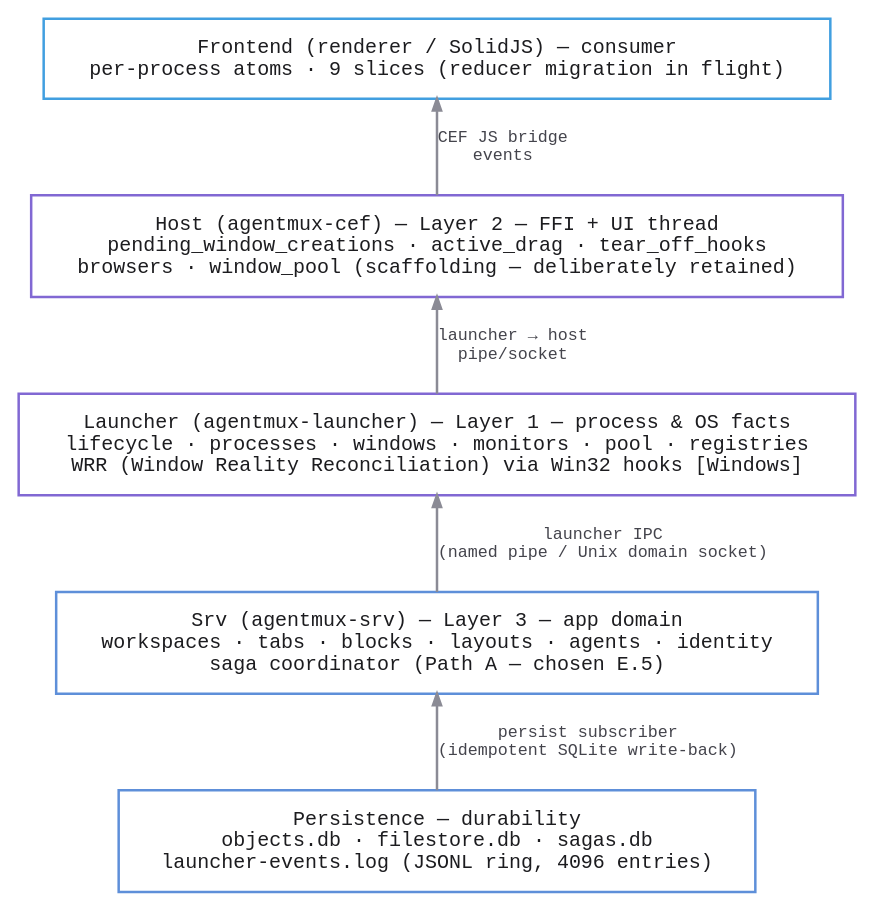
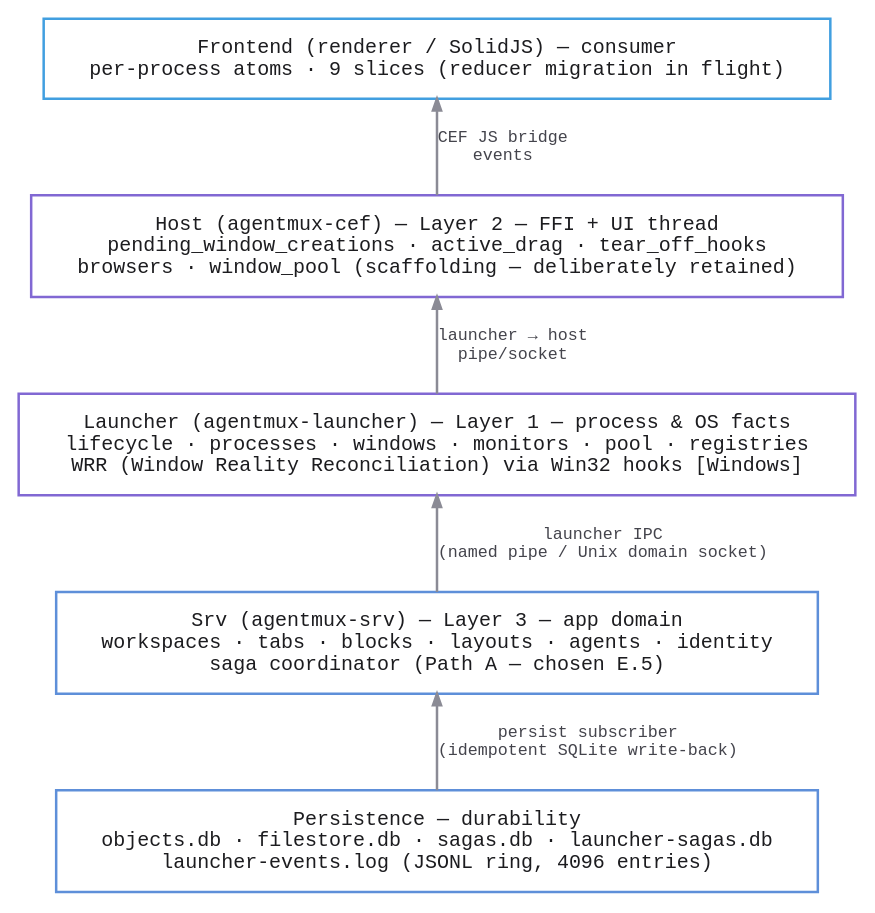
Before and after one commit to agentmuxai/agentmux-docs: the diagram in src/content/docs/internals/reducer-stack.md, drawn with Graphviz.

Commit message:
fix(docs): address review on diagram conversions (#86)
- reducer-stack.md Persistence node: add launcher-sagas.db (was in original
  ASCII and documented in the table at line 99, dropped in initial conversion)

````diff
--- a/src/content/docs/internals/reducer-stack.md
+++ b/src/content/docs/internals/reducer-stack.md
@@ -20,19 +20,19 @@
 ```dot
 digraph {
   rankdir=BT
   splines=polyline
   node [shape=box fontname="Consolas,monospace" style=filled fillcolor="#ffffff" color="#8168d3" fontcolor="#1c1c1f" fontsize=12 penwidth=1.5 margin="0.25,0.15"]
   edge [color="#8b8b95" fontname="Consolas,monospace" fontcolor="#44444c" fontsize=10 penwidth=1.5 arrowsize=0.7]
 
-  persistence [label="Persistence — durability\nobjects.db · filestore.db · sagas.db\nlauncher-events.log (JSONL ring, 4096 entries)" color="#5e8fd9"]
+  persistence [label="Persistence — durability\nobjects.db · filestore.db · sagas.db · launcher-sagas.db\nlauncher-events.log (JSONL ring, 4096 entries)" color="#5e8fd9"]
   srv [label="Srv (agentmux-srv) — Layer 3 — app domain\nworkspaces · tabs · blocks · layouts · agents · identity\nsaga coordinator (Path A — chosen E.5)" color="#5e8fd9"]
   launcher [label="Launcher (agentmux-launcher) — Layer 1 — process & OS facts\nlifecycle · processes · windows · monitors · pool · registries\nWRR (Window Reality Reconciliation) via Win32 hooks [Windows]" color="#8168d3"]
   host [label="Host (agentmux-cef) — Layer 2 — FFI + UI thread\npending_window_creations · active_drag · tear_off_hooks\nbrowsers · window_pool (scaffolding — deliberately retained)" color="#8168d3"]
   frontend [label="Frontend (renderer / SolidJS) — consumer\nper-process atoms · 9 slices (reducer migration in flight)" color="#419fe0"]
 
   persistence -> srv [label="persist subscriber\n(idempotent SQLite write-back)"]
   srv -> launcher [label="launcher IPC\n(named pipe / Unix domain socket)"]
   launcher -> host [label="launcher → host\npipe/socket"]
   host -> frontend [label="CEF JS bridge\nevents"]
 }
 ```
````
